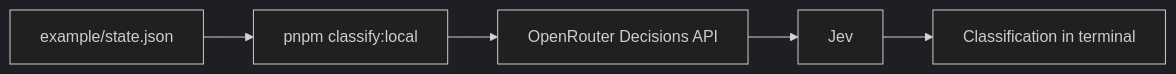
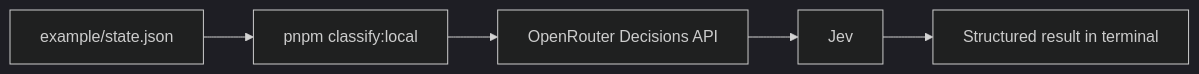
One commit to khaledsAlshibani/jev-ci-classifier changed the first of 2 diagrams in README.md. Above: the diagram before and after it, drawn with Mermaid (dark theme). The commit also changed other lines of this file, not shown here.

````diff
--- a/README.md
+++ b/README.md
@@ -54,7 +57,7 @@
 ```mermaid
 flowchart LR
     A["example/state.json"] --> B["pnpm classify:local"]
     B --> C["OpenRouter Decisions API"]
     C --> D["Jev"]
-    D --> E["Classification in terminal"]
+    D --> E["Structured result in terminal"]
 ```
````
